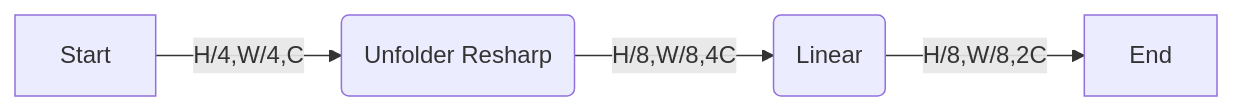
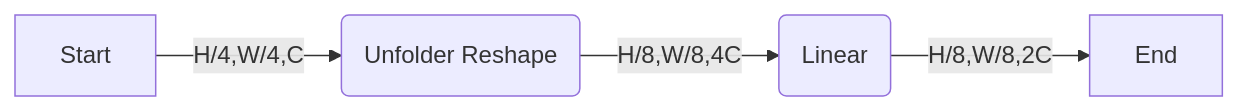
One commit to dianhsu/swin-transformer-processor changed the third of 3 diagrams in xilinx_hls/docs/design.md. Above: the diagram before and after it, drawn with Mermaid. The commit also changed other lines of this file and 1 other file, not shown here.

````diff
--- a/xilinx_hls/docs/design.md
+++ b/xilinx_hls/docs/design.md
@@ -27,6 +27,6 @@
 ```mermaid
 graph LR
-    Start -- H/4,W/4,C --> ur(Unfolder Resharp)
+    Start -- H/4,W/4,C --> ur(Unfolder Reshape)
     ur -- H/8,W/8,4C --> lr(Linear)
     lr -- H/8,W/8,2C --> End
 ```
````
